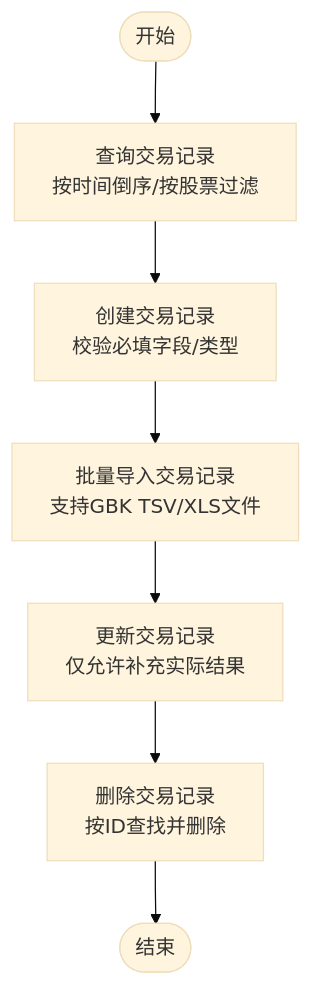
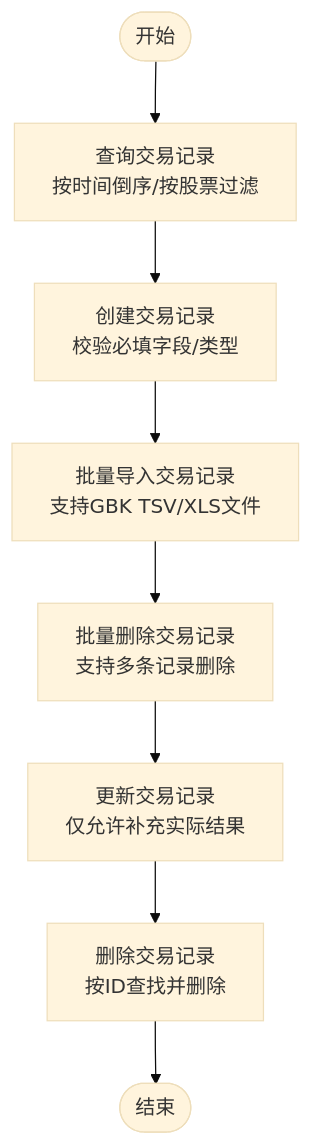
Before and after one commit to Moruime/stock_foker: the fourth of 9 diagrams in .qoder/repowiki/zh/content/核心功能/交易记录管理.md, drawn with Mermaid (base theme). The commit also changed other lines of this file and 10 other files, not shown here.

````diff
--- a/.qoder/repowiki/zh/content/核心功能/交易记录管理.md
+++ b/.qoder/repowiki/zh/content/核心功能/交易记录管理.md
@@ -218,9 +219,10 @@
 ```mermaid
 flowchart TD
 Start(["开始"]) --> List["查询交易记录<br/>按时间倒序/按股票过滤"]
 List --> Create["创建交易记录<br/>校验必填字段/类型"]
 Create --> Import["批量导入交易记录<br/>支持GBK TSV/XLS文件"]
-Import --> Update["更新交易记录<br/>仅允许补充实际结果"]
-Update --> Delete["删除交易记录<br/>按ID查找并删除"]
-Delete --> End(["结束"])
+Import --> BatchDelete["批量删除交易记录<br/>支持多条记录删除"]
+BatchDelete --> Update["更新交易记录<br/>仅允许补充实际结果"]
+Update --> SingleDelete["删除交易记录<br/>按ID查找并删除"]
+SingleDelete --> End(["结束"])
 ```
````
